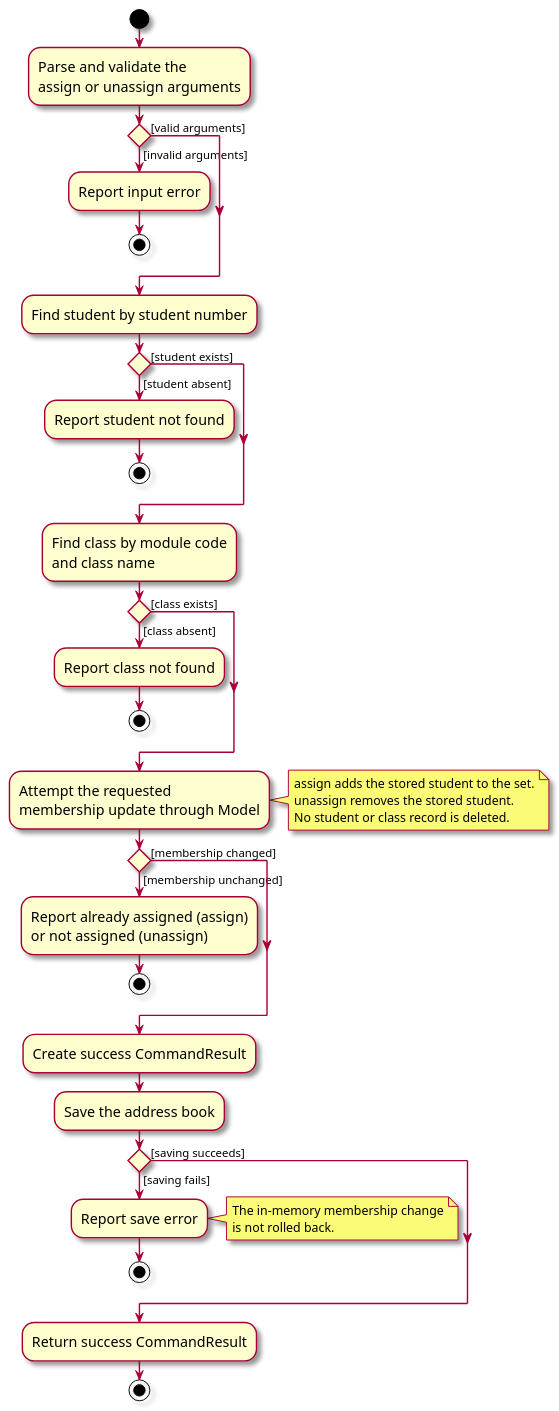
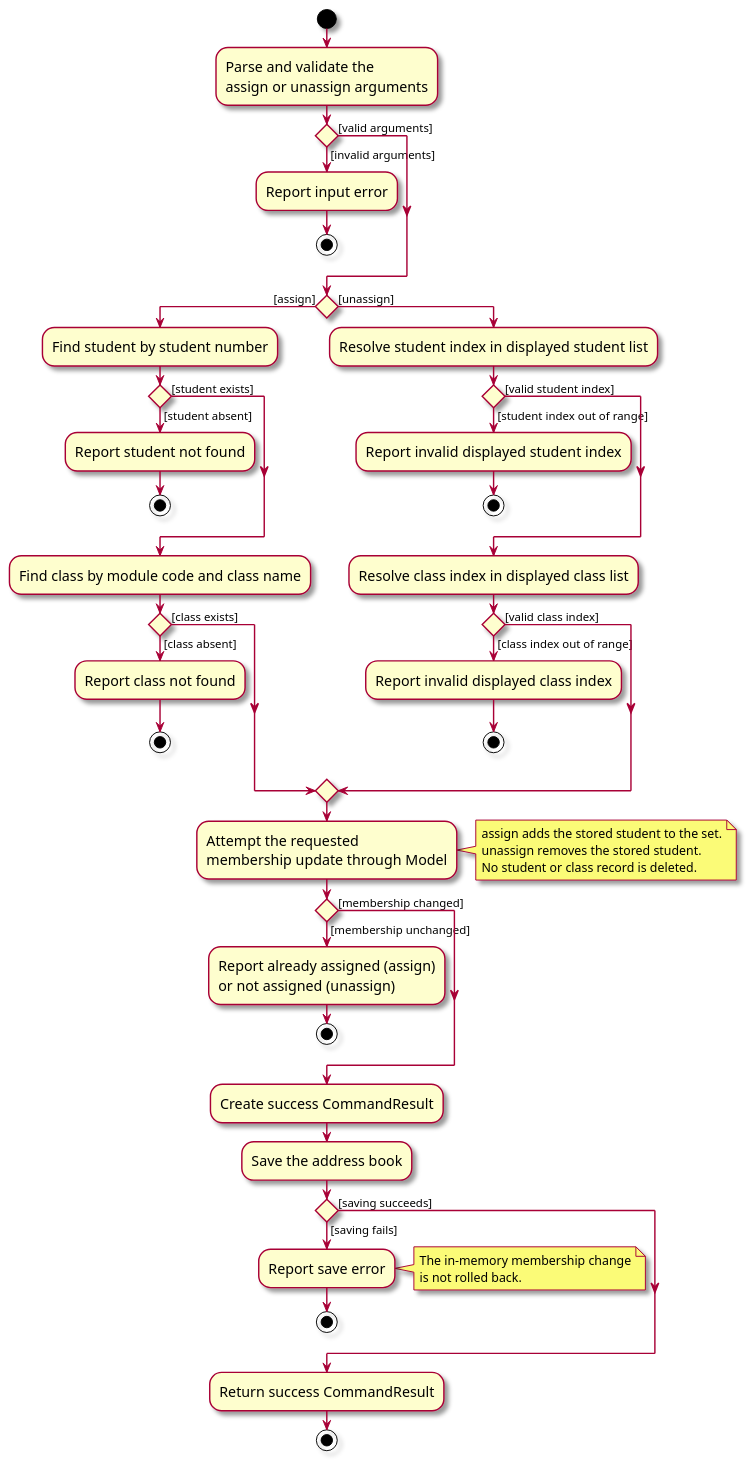
The diagram in diagrams/AssignUnassignActivityDiagram.puml (AY2627S1-CS2103-F10-2/tp), drawn with PlantUML before and after one commit. The commit also changed 25 other files, not shown here.

```diff
--- a/diagrams/AssignUnassignActivityDiagram.puml
+++ b/diagrams/AssignUnassignActivityDiagram.puml
@@ -1,61 +1,74 @@
 @startuml
 skin rose
 skinparam ActivityFontSize 15
 skinparam ArrowFontSize 12
 
 start
 :Parse and validate the
 assign or unassign arguments;
 
 ' Guards are on the outgoing branches, matching CommitActivityDiagram.puml.
 if () then ([invalid arguments])
     :Report input error;
     stop
 else ([valid arguments])
 endif
 
-:Find student by student number;
-if () then ([student absent])
-    :Report student not found;
-    stop
-else ([student exists])
-endif
-
-:Find class by module code
-and class name;
-if () then ([class absent])
-    :Report class not found;
-    stop
-else ([class exists])
+if () then ([assign])
+    :Find student by student number;
+    if () then ([student absent])
+        :Report student not found;
+        stop
+    else ([student exists])
+    endif
+    :Find class by module code and class name;
+    if () then ([class absent])
+        :Report class not found;
+        stop
+    else ([class exists])
+    endif
+else ([unassign])
+    :Resolve student index in displayed student list;
+    if () then ([student index out of range])
+        :Report invalid displayed student index;
+        stop
+    else ([valid student index])
+    endif
+    :Resolve class index in displayed class list;
+    if () then ([class index out of range])
+        :Report invalid displayed class index;
+        stop
+    else ([valid class index])
+    endif
 endif
 
 :Attempt the requested
 membership update through Model;
 note right
 assign adds the stored student to the set.
 unassign removes the stored student.
 No student or class record is deleted.
 end note
 
 if () then ([membership unchanged])
     :Report already assigned (assign)
     or not assigned (unassign);
     stop
 else ([membership changed])
 endif
 
 :Create success CommandResult;
 :Save the address book;
 if () then ([saving fails])
     :Report save error;
     note right
     The in-memory membership change
     is not rolled back.
     end note
     stop
 else ([saving succeeds])
 endif
 
 :Return success CommandResult;
 stop
 @enduml
```
